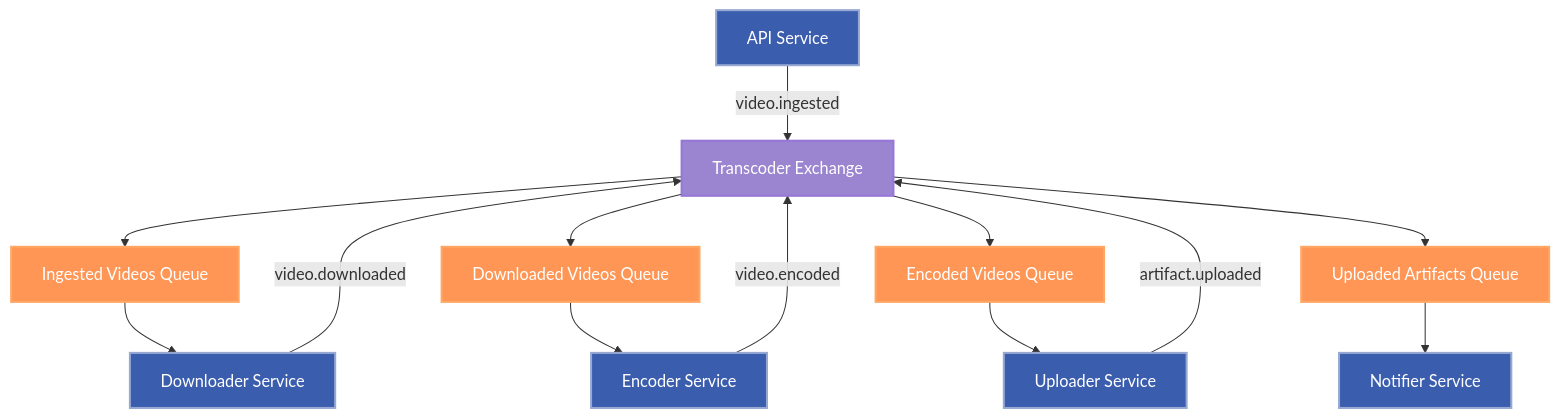
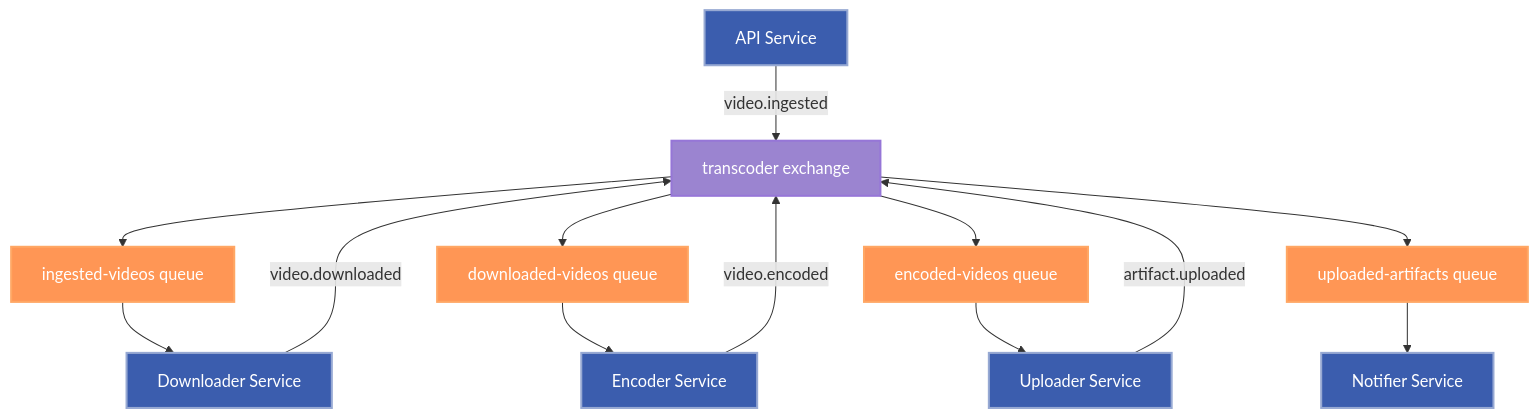
The second of 2 diagrams in README.md (cieslarmichal/transcoder), drawn with Mermaid before and after one commit. The commit also changed 15 other files, not shown here.

````diff
--- a/README.md
+++ b/README.md
@@ -46,35 +46,35 @@
 ```mermaid
 flowchart TB
   API[API Service]:::service
   DOWNLOADER[Downloader Service]:::service
   ENCODER[Encoder Service]:::service
   UPLOADER[Uploader Service]:::service
   NOTIFIER[Notifier Service]:::service
 
-  INGESTED_VIDEOS[Ingested Videos Queue]:::queue
-  DOWNLOADED_VIDEOS[Downloaded Videos Queue]:::queue
-  ENCODED_VIDEOS[Encoded Videos Queue]:::queue
-  UPLOADED_ARTIFACTS[Uploaded Artifacts Queue]:::queue
+  INGESTED_VIDEOS[ingested-videos queue]:::queue
+  DOWNLOADED_VIDEOS[downloaded-videos queue]:::queue
+  ENCODED_VIDEOS[encoded-videos queue]:::queue
+  UPLOADED_ARTIFACTS[uploaded-artifacts queue]:::queue
 
-  EXCHANGE[Transcoder Exchange]:::exchange
+  EXCHANGE[transcoder exchange]:::exchange
 
   API -->|video.ingested| EXCHANGE
   EXCHANGE --> INGESTED_VIDEOS
   INGESTED_VIDEOS --> DOWNLOADER
 
   DOWNLOADER -->|video.downloaded| EXCHANGE
   EXCHANGE --> DOWNLOADED_VIDEOS
   DOWNLOADED_VIDEOS --> ENCODER
   
   ENCODER -->|video.encoded| EXCHANGE
   EXCHANGE --> ENCODED_VIDEOS
   ENCODED_VIDEOS --> UPLOADER
 
   UPLOADER -->|artifact.uploaded| EXCHANGE
   EXCHANGE --> UPLOADED_ARTIFACTS
   UPLOADED_ARTIFACTS --> NOTIFIER
 
   classDef queue color:#fff,fill:#ff9655,stroke:#ffa764,stroke-width:2px;
   classDef exchange color:#fff,fill:#9b84d0,stroke:#9676d7,stroke-width:2px;
   classDef service color:#fff,fill:#3b5dae,stroke:#97a9d3,stroke-width:2px;
 ```
````
